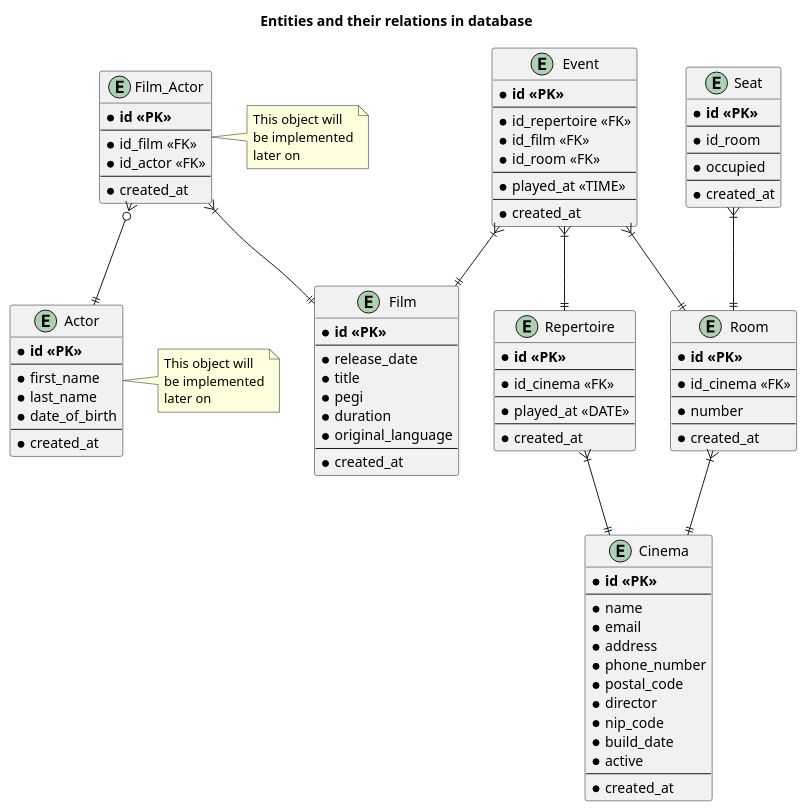
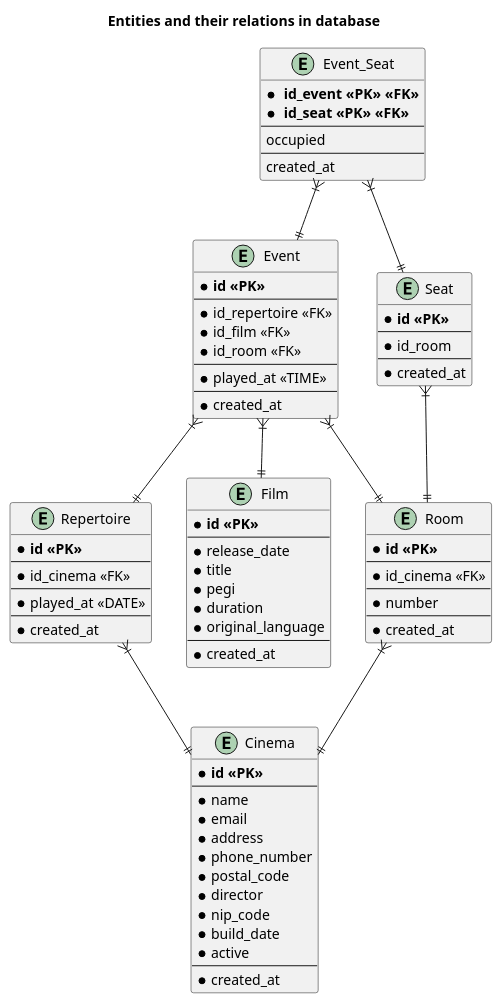
One commit to Matiar15/cinema-gateway changed the diagram in documentation/database/db_relations.puml. Above: the diagram before and after it, drawn with PlantUML. The commit also changed 13 other files, not shown here.

```diff
--- a/documentation/database/db_relations.puml
+++ b/documentation/database/db_relations.puml
@@ -1,99 +1,93 @@
 @startuml
 title Entities and their relations in database
 
 entity Cinema {
     * **id <<PK>>**
     --
     * name
     * email
     * address
     * phone_number
     * postal_code
     * director
     * nip_code
     * build_date
     * active
     --
     * created_at
 }
 
 entity Repertoire {
     * **id <<PK>>**
     --
     * id_cinema <<FK>>
     --
     * played_at <<DATE>>
     --
     * created_at
 }
 
 entity Film {
     * **id <<PK>>**
     --
     * release_date
     * title
     * pegi
     * duration
     * original_language
     --
     * created_at
 }
 
 entity Event {
     * **id <<PK>>**
     --
     * id_repertoire <<FK>>
     * id_film <<FK>>
     * id_room <<FK>>
     --
     * played_at <<TIME>>
     --
     * created_at
 }
+
+entity Event_Seat {
+    * ** id_event <<PK>> <<FK>>**
+    * ** id_seat <<PK>> <<FK>>**
+    --
+    occupied
+    --
+    created_at
+}
+
 entity Room {
     * **id <<PK>>**
     --
     * id_cinema <<FK>>
     --
     * number
     --
     * created_at
 }
 entity Seat {
     * **id <<PK>>**
     --
     * id_room
     --
-    * occupied
-    --
     * created_at
 }
 
-entity Film_Actor {
-    * **id <<PK>>**
-    --
-    * id_film <<FK>>
-    * id_actor <<FK>>
-    --
-    * created_at
-}
-note right: This object will\nbe implemented\nlater on
-entity Actor {
-    * **id <<PK>>**
-    --
-    * first_name
-    * last_name
-    * date_of_birth
-    --
-    * created_at
-}
-note right: This object will\nbe implemented\nlater on
+
 Repertoire      }|--|| Cinema
+
 Event }|--|| Film
 Event }|--|| Repertoire
 Event }|--|| Room
+
 Seat            }|--|| Room
-Film_Actor      }|--|| Film
-Film_Actor      }o--|| Actor
 Room            }|--|| Cinema
+
+
+Event_Seat }|--|| Seat
+Event_Seat }|--|| Event
 @enduml
```
